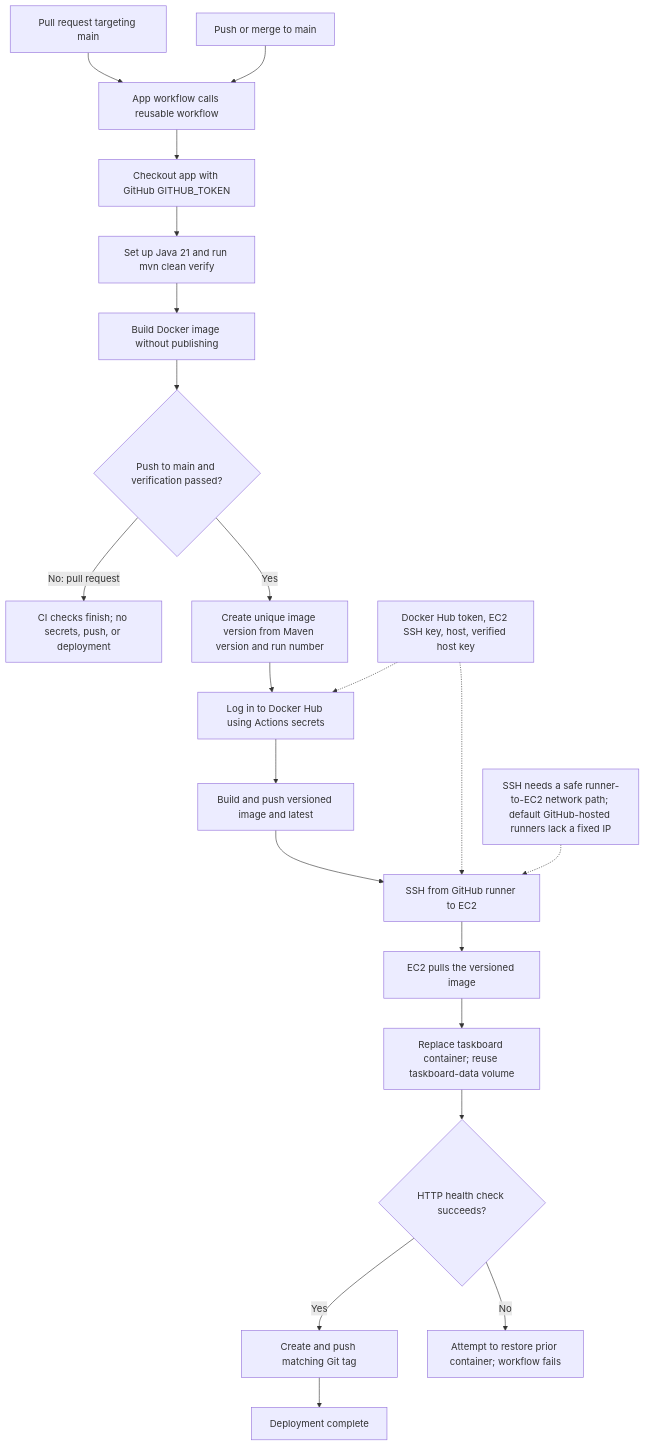
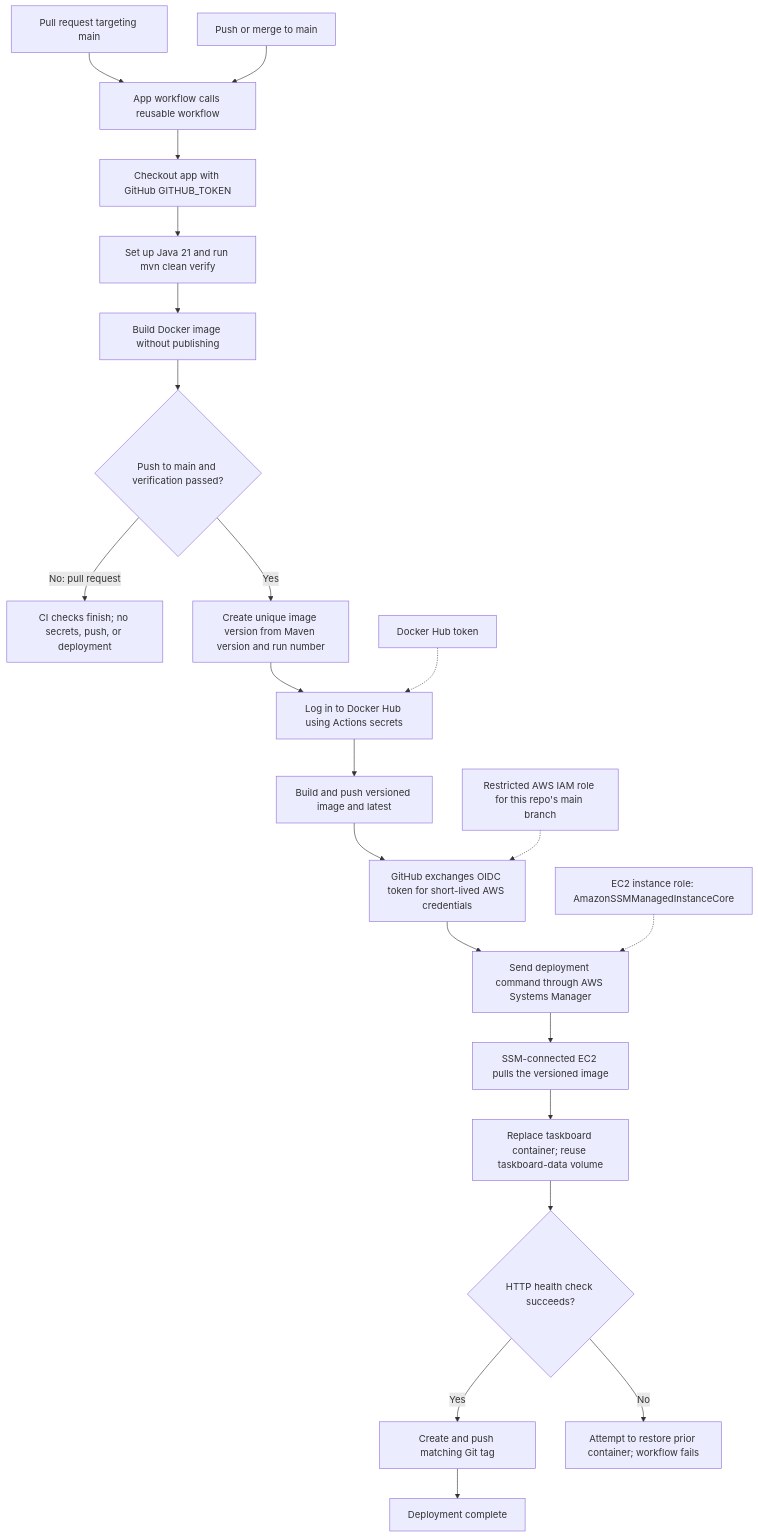
Before and after one commit to Roobini-code/java-project: the diagram in doc/GITHUB-ACTIONS-SETUP.md, drawn with Mermaid. The commit also changed other lines of this file and 1 other file, not shown here.

````diff
--- a/doc/GITHUB-ACTIONS-SETUP.md
+++ b/doc/GITHUB-ACTIONS-SETUP.md
@@ -30,26 +30,27 @@
 ```mermaid
 flowchart TD
     PR["Pull request targeting main"] --> CALL["App workflow calls reusable workflow"]
     PUSH["Push or merge to main"] --> CALL
 
     CALL --> CHECKOUT["Checkout app with GitHub GITHUB_TOKEN"]
     CHECKOUT --> TEST["Set up Java 21 and run mvn clean verify"]
     TEST --> BUILD["Build Docker image without publishing"]
     BUILD --> CONDITION{"Push to main and verification passed?"}
 
     CONDITION -->|"No: pull request"| PRDONE["CI checks finish; no secrets, push, or deployment"]
     CONDITION -->|"Yes"| VERSION["Create unique image version from Maven version and run number"]
     VERSION --> LOGIN["Log in to Docker Hub using Actions secrets"]
     LOGIN --> PUBLISH["Build and push versioned image and latest"]
-    PUBLISH --> SSH["SSH from GitHub runner to EC2"]
-    SSH --> PULL["EC2 pulls the versioned image"]
+    PUBLISH --> OIDC["GitHub exchanges OIDC token for short-lived AWS credentials"]
+    OIDC --> SSM["Send deployment command through AWS Systems Manager"]
+    SSM --> PULL["SSM-connected EC2 pulls the versioned image"]
     PULL --> RUN["Replace taskboard container; reuse taskboard-data volume"]
     RUN --> HEALTH{"HTTP health check succeeds?"}
     HEALTH -->|"Yes"| TAG["Create and push matching Git tag"]
     HEALTH -->|"No"| ROLLBACK["Attempt to restore prior container; workflow fails"]
     TAG --> DONE["Deployment complete"]
 
-    SECRETS["Docker Hub token, EC2 SSH key, host, verified host key"] -.-> LOGIN
-    SECRETS -.-> SSH
-    NETWORK["SSH needs a safe runner-to-EC2 network path; default GitHub-hosted runners lack a fixed IP"] -.-> SSH
+    SECRETS["Docker Hub token"] -.-> LOGIN
+    ROLE["Restricted AWS IAM role for this repo's main branch"] -.-> OIDC
+    INSTANCE["EC2 instance role: AmazonSSMManagedInstanceCore"] -.-> SSM
 ```
````
